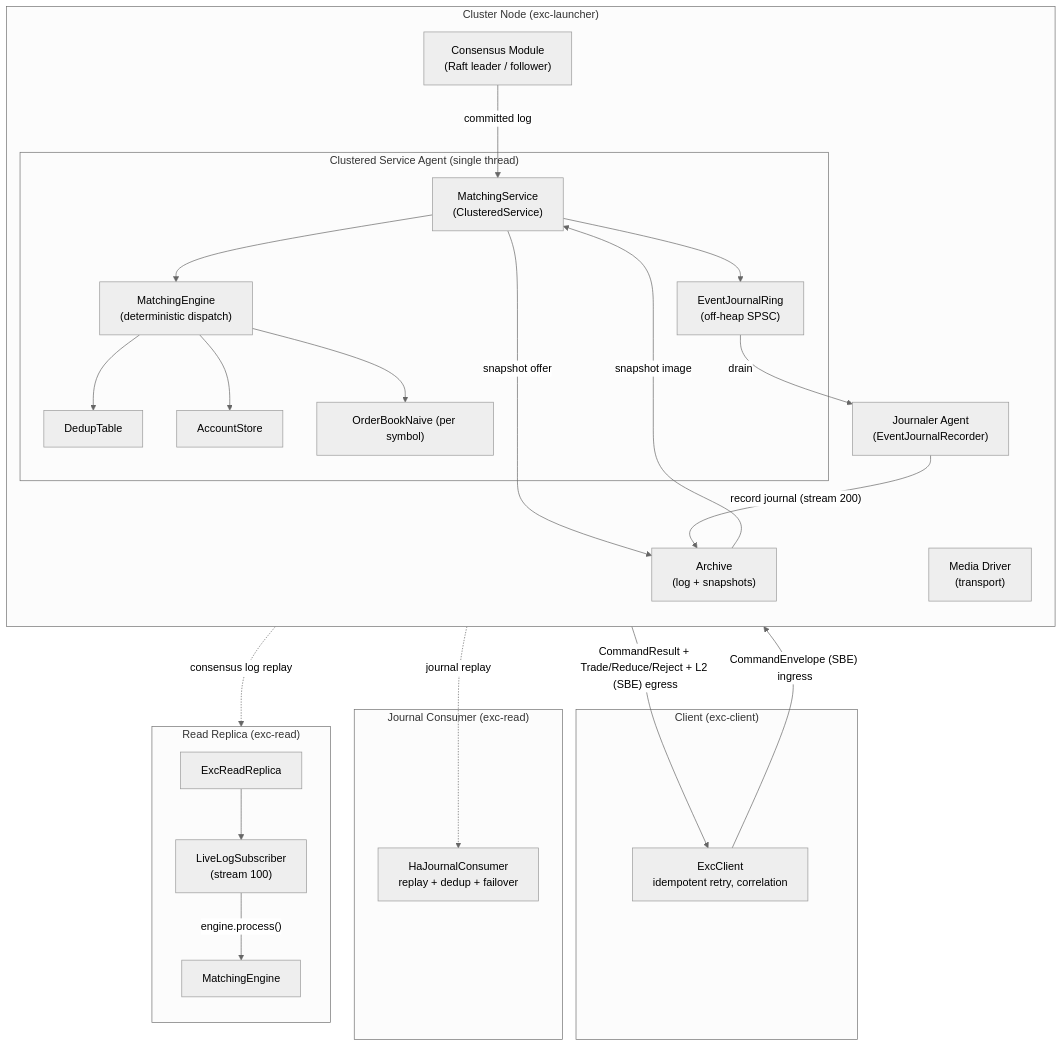
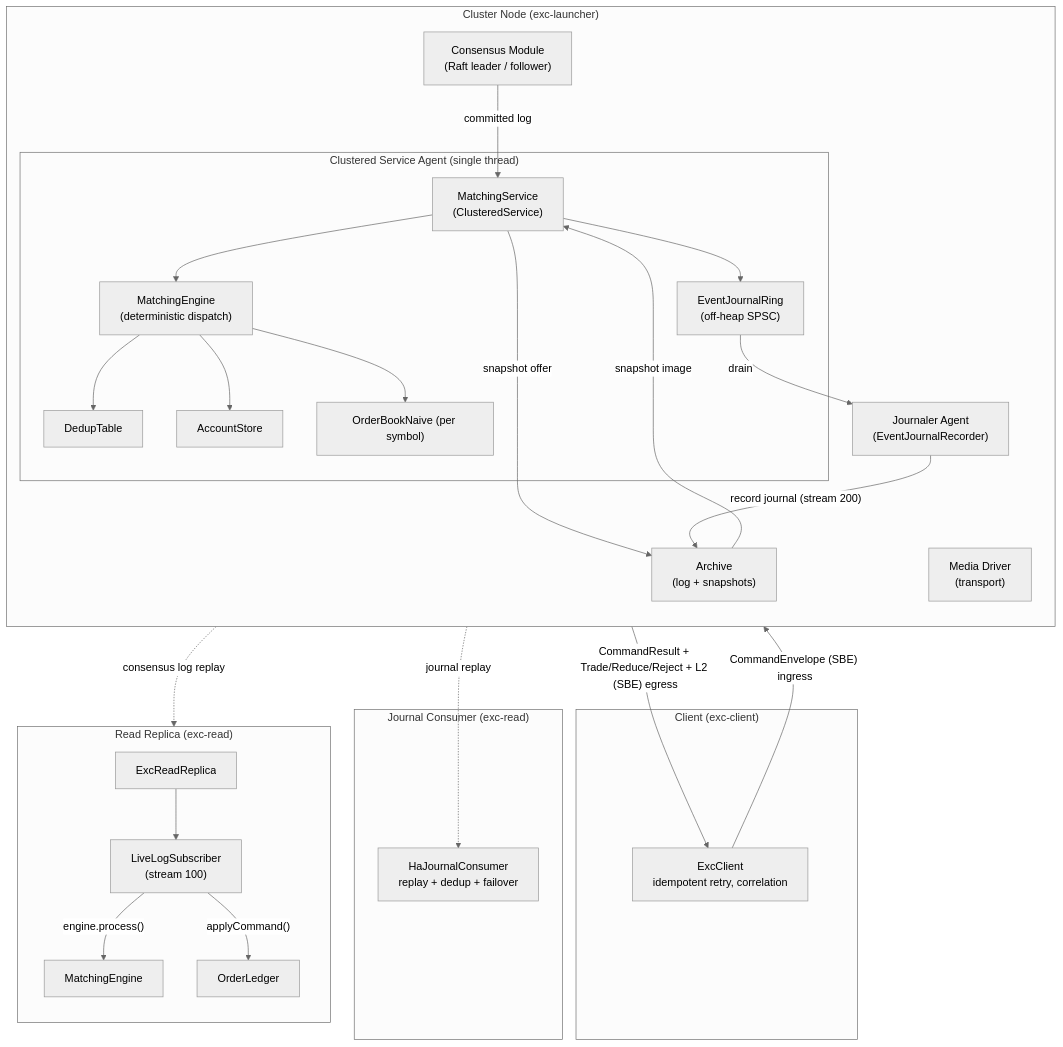
One commit to brianpht/excoredum changed the first of 7 diagrams in docs/ARCHITECTURE.md. Above: the diagram before and after it, drawn with Mermaid (neutral theme). The commit also changed other lines of this file and 2 other files, not shown here.

````diff
--- a/docs/ARCHITECTURE.md
+++ b/docs/ARCHITECTURE.md
@@ -179,50 +183,52 @@
 ```mermaid
 flowchart TB
     subgraph CLIENTSIDE["Client (exc-client)"]
         CLIENT["ExcClient\nidempotent retry, correlation"]
     end
 
     subgraph NODE["Cluster Node (exc-launcher)"]
         direction TB
         MD["Media Driver\n(transport)"]
         CM["Consensus Module\n(Raft leader / follower)"]
         AR["Archive\n(log + snapshots)"]
         subgraph SC["Clustered Service Agent (single thread)"]
             MS["MatchingService\n(ClusteredService)"]
             ME["MatchingEngine\n(deterministic dispatch)"]
             DT["DedupTable"]
             AC["AccountStore"]
             OB["OrderBookNaive (per symbol)"]
             RING["EventJournalRing\n(off-heap SPSC)"]
             MS --> ME
             ME --> DT
             ME --> AC
             ME --> OB
             MS --> RING
         end
         JR["Journaler Agent\n(EventJournalRecorder)"]
         CM -->|" committed log "| MS
         MS -->|" snapshot offer "| AR
         AR -->|" snapshot image "| MS
         RING -->|" drain "| JR
         JR -->|" record journal (stream 200) "| AR
     end
 
     subgraph JCON["Journal Consumer (exc-read)"]
         HJC["HaJournalConsumer\nreplay + dedup + failover"]
     end
 
     subgraph READ["Read Replica (exc-read)"]
         direction TB
         RR["ExcReadReplica"]
         LLS["LiveLogSubscriber\n(stream 100)"]
         ME2["MatchingEngine"]
+        LED["OrderLedger"]
         LLS -->|" engine.process() "| ME2
+        LLS -->|" applyCommand() "| LED
         RR --> LLS
     end
 
     CLIENT -->|" CommandEnvelope (SBE) ingress "| CM
     MS -->|" CommandResult + Trade/Reduce/Reject + L2 (SBE) egress "| CLIENT
     AR -.->|" consensus log replay "| LLS
     AR -.->|" journal replay "| HJC
 ```
````
